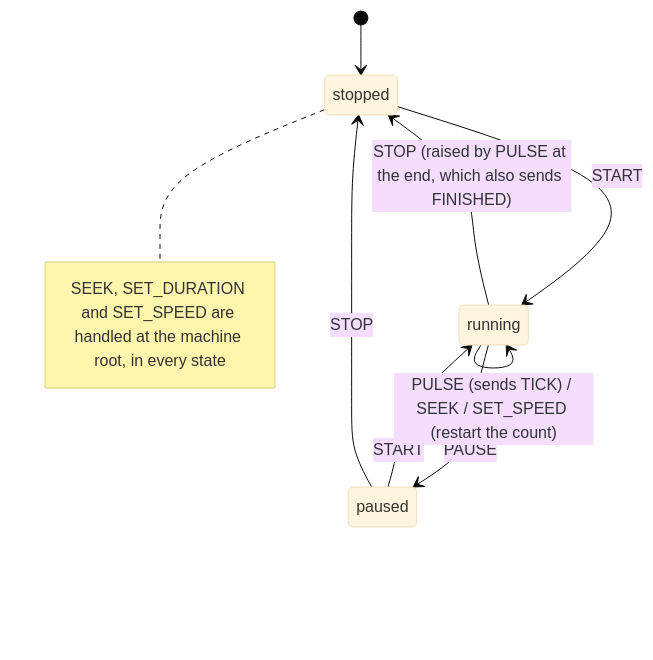
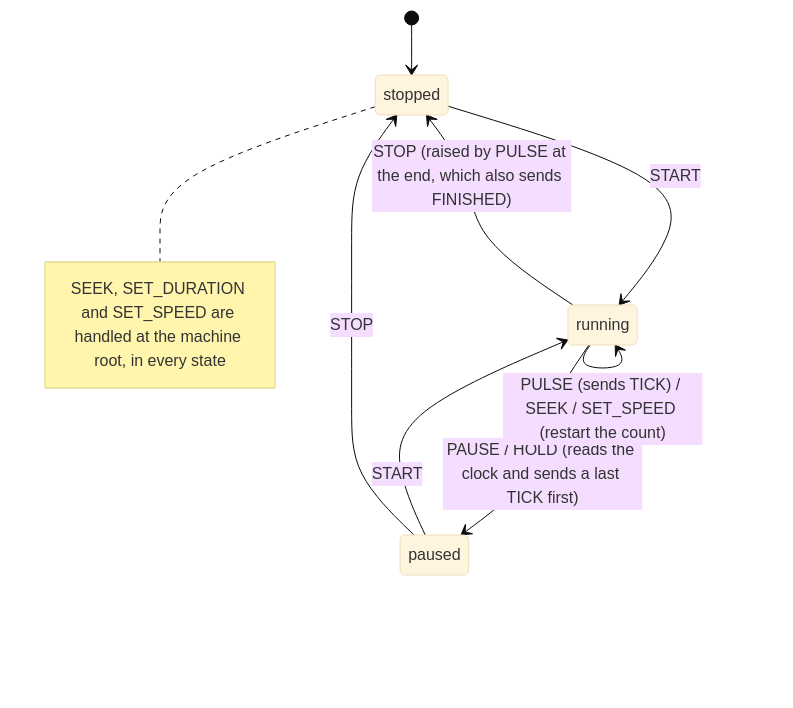
The third of 4 diagrams in docs/state-machines.md (channyeintun/next-editor), drawn with Mermaid (base theme) before and after one commit. The commit also changed other lines of this file and 17 other files, not shown here.

First line of the commit message:
fix(playback): hold where the clock is in a hidden tab, and bound narration retries

````diff
--- a/docs/state-machines.md
+++ b/docs/state-machines.md
@@ -268,11 +268,11 @@
 ```mermaid
 stateDiagram-v2
     [*] --> stopped
     stopped --> running : START
-    running --> paused : PAUSE
+    running --> paused : PAUSE / HOLD (reads the clock and sends a last TICK first)
     paused --> running : START
     running --> running : PULSE (sends TICK) / SEEK / SET_SPEED (restart the count)
     running --> stopped : STOP (raised by PULSE at the end, which also sends FINISHED)
     paused --> stopped : STOP
     note right of stopped : SEEK, SET_DURATION and SET_SPEED are handled at the machine root, in every state
 ```
````
